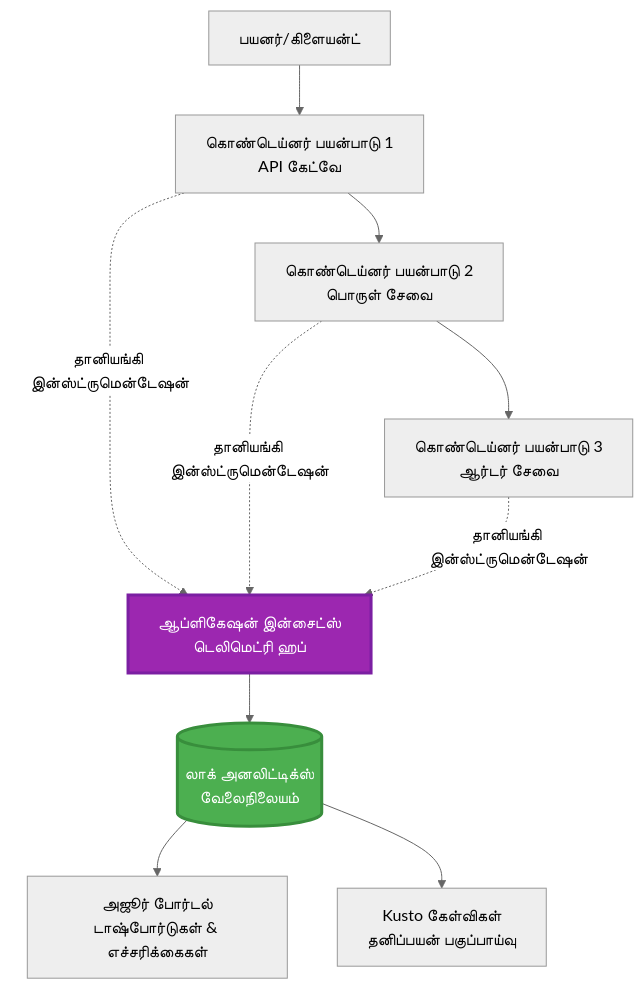
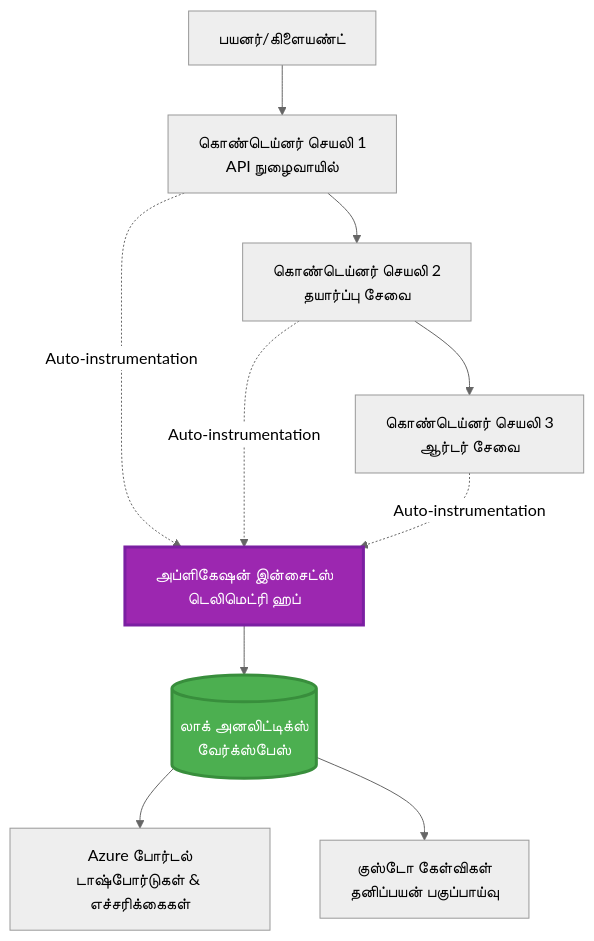
One commit to microsoft/AZD-for-beginners changed the first of 2 diagrams in translations/ta/docs/chapter-06-pre-deployment/application-insights.md. Above: the diagram before and after it, drawn with Mermaid (neutral theme). The commit also changed other lines of this file and 101 other files, not shown here.

````diff
--- a/translations/ta/docs/chapter-06-pre-deployment/application-insights.md
+++ b/translations/ta/docs/chapter-06-pre-deployment/application-insights.md
@@ -58,28 +58,28 @@
 ```mermaid
 graph TB
-    User[பயனர்/கிளையன்ட்]
-    App1[கொண்டெய்னர் பயன்பாடு 1<br/>API கேட்வே]
-    App2[கொண்டெய்னர் பயன்பாடு 2<br/>பொருள் சேவை]
-    App3[கொண்டெய்னர் பயன்பாடு 3<br/>ஆர்டர் சேவை]
+    User[பயனர்/கிளையண்ட்]
+    App1[கொண்டெய்னர் செயலி 1<br/>API நுழைவாயில்]
+    App2[கொண்டெய்னர் செயலி 2<br/>தயார்ப்பு சேவை]
+    App3[கொண்டெய்னர் செயலி 3<br/>ஆர்டர் சேவை]
     
-    AppInsights[ஆப்ளிகேஷன் இன்சைட்ஸ்<br/>டெலிமெட்ரி ஹப்]
-    LogAnalytics[(லாக் அனலிட்டிக்ஸ்<br/>வேலைநிலையம்)]
+    AppInsights[அப்ளிகேஷன் இன்சைட்ஸ்<br/>டெலிமெட்ரி ஹப்]
+    LogAnalytics[(லாக் அனலிட்டிக்ஸ்<br/>வேர்க்ஸ்‌பேஸ்)]
     
-    Portal[அஜூர் போர்டல்<br/>டாஷ்போர்டுகள் & எச்சரிக்கைகள்]
-    Query[Kusto கேள்விகள்<br/>தனிப்பயன் பகுப்பாய்வு]
+    Portal[Azure போர்டல்<br/>டாஷ்போர்டுகள் & எச்சரிக்கைகள்]
+    Query[குஸ்டோ கேள்விகள்<br/>தனிப்பயன் பகுப்பாய்வு]
     
     User --> App1
     App1 --> App2
     App2 --> App3
     
-    App1 -.->|தானியங்கி இன்ஸ்ட்ருமென்டேஷன்| AppInsights
-    App2 -.->|தானியங்கி இன்ஸ்ட்ருமென்டேஷன்| AppInsights
-    App3 -.->|தானியங்கி இன்ஸ்ட்ருமென்டேஷன்| AppInsights
+    App1 -.->|Auto-instrumentation| AppInsights
+    App2 -.->|Auto-instrumentation| AppInsights
+    App3 -.->|Auto-instrumentation| AppInsights
     
     AppInsights --> LogAnalytics
     LogAnalytics --> Portal
     LogAnalytics --> Query
     
     style AppInsights fill:#9C27B0,stroke:#7B1FA2,stroke-width:3px,color:#fff
     style LogAnalytics fill:#4CAF50,stroke:#388E3C,stroke-width:3px,color:#fff
 ```
````
